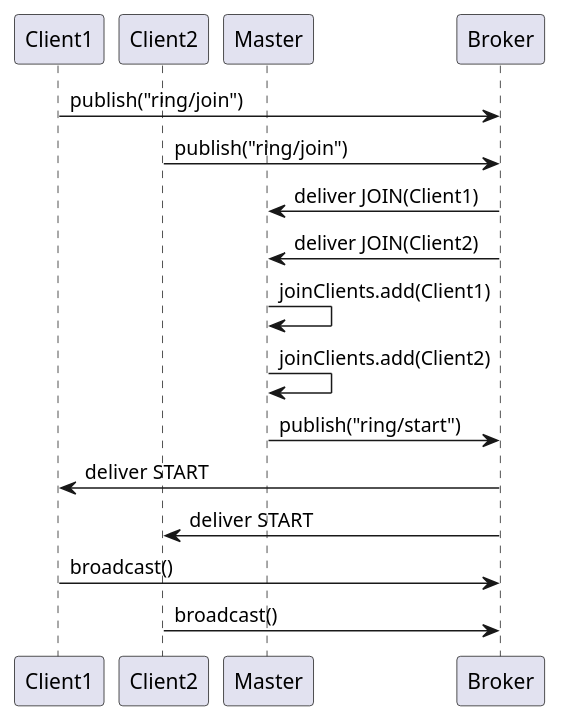
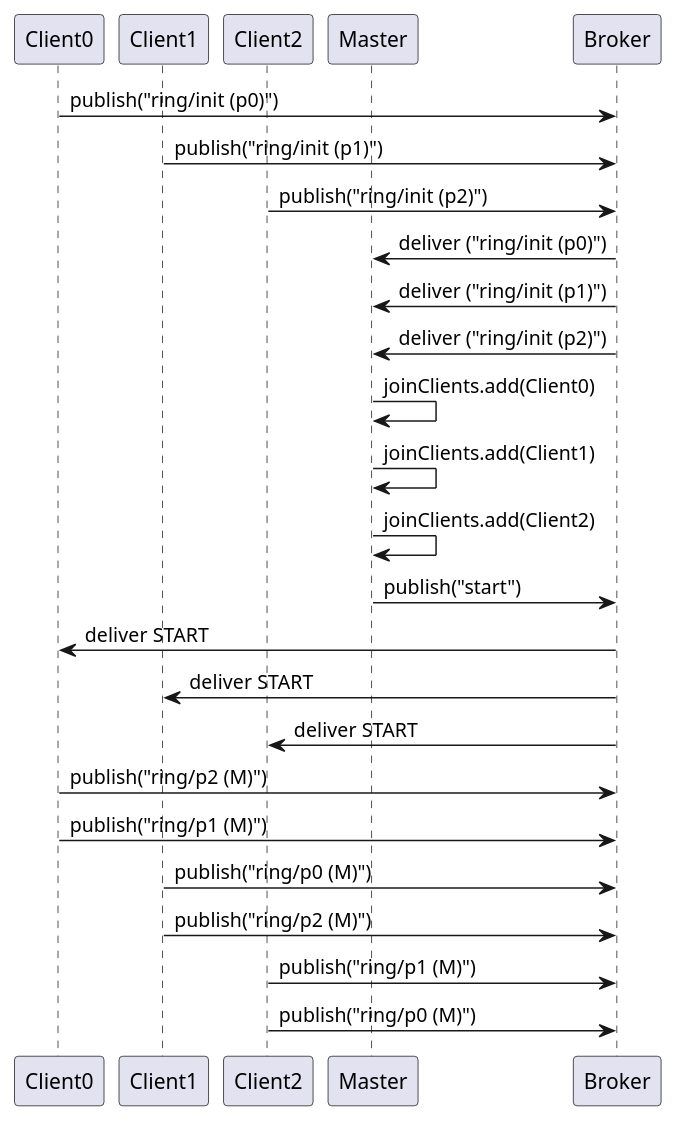
One commit to torbenrathje/vs_ws25_janice_torben changed the diagram in p2-mqtt/sequenzdiagramm.puml. Above: the diagram before and after it, drawn with PlantUML. The commit also changed 5 other files, not shown here.

```diff
--- a/p2-mqtt/sequenzdiagramm.puml
+++ b/p2-mqtt/sequenzdiagramm.puml
@@ -1,23 +1,32 @@
 @startuml "Sequenzdiagramm: Ring Join und Start"
+participant Client0
 participant Client1
 participant Client2
 participant Master
 participant Broker
 
-Client1 -> Broker: publish("ring/join")
-Client2 -> Broker: publish("ring/join")
+Client0 -> Broker: publish("ring/init (p0)")
+Client1 -> Broker: publish("ring/init (p1)")
+Client2 -> Broker: publish("ring/init (p2)")
 
-Broker -> Master: deliver JOIN(Client1)
-Broker -> Master: deliver JOIN(Client2)
+Broker -> Master: deliver ("ring/init (p0)")
+Broker -> Master: deliver ("ring/init (p1)")
+Broker -> Master: deliver ("ring/init (p2)")
 
+Master -> Master: joinClients.add(Client0)
 Master -> Master: joinClients.add(Client1)
 Master -> Master: joinClients.add(Client2)
 
-Master -> Broker: publish("ring/start")
+Master -> Broker: publish("start")
 
+Broker -> Client0: deliver START
 Broker -> Client1: deliver START
 Broker -> Client2: deliver START
 
-Client1 -> Broker: broadcast()
-Client2 -> Broker: broadcast()
+Client0 -> Broker: publish("ring/p2 (M)")
+Client0 -> Broker: publish("ring/p1 (M)")
+Client1 -> Broker: publish("ring/p0 (M)")
+Client1 -> Broker: publish("ring/p2 (M)")
+Client2 -> Broker: publish("ring/p1 (M)")
+Client2 -> Broker: publish("ring/p0 (M)")
 @enduml
```
